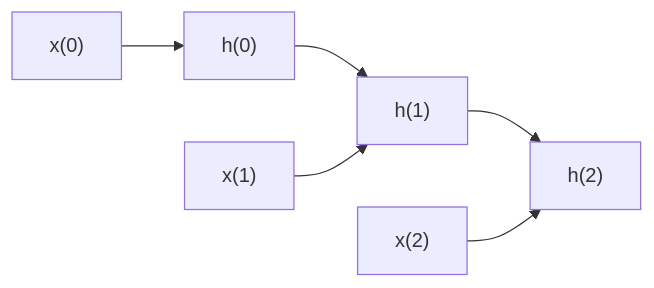
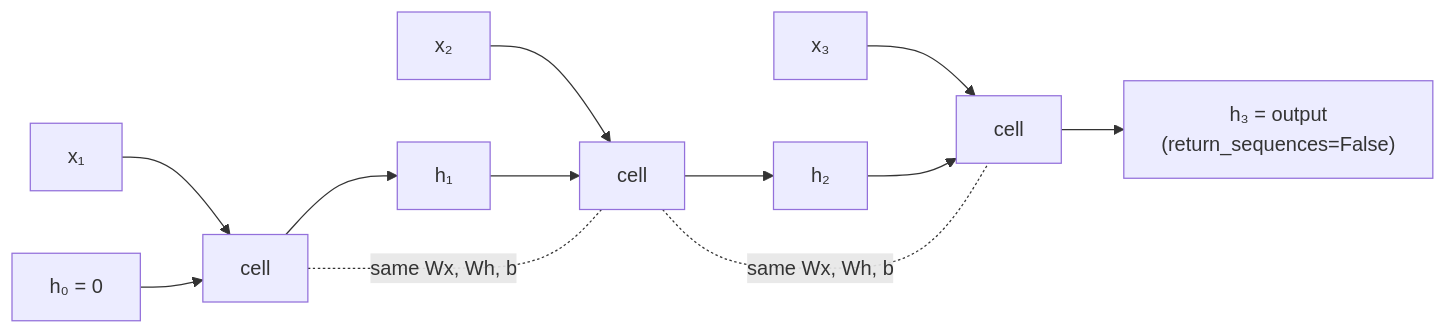
Before and after one commit to Ravikisha/PythonCentralHub: the diagram in src/content/docs/Deep Learning/Phase 04 - Sequence Models with RNNs/Intro to Recurrent Neural Networks (RNN) for Sequences.mdx, drawn with Mermaid. The commit also changed other lines of this file and 626 other files, not shown here.

````diff
--- a/src/content/docs/Deep Learning/Phase 04 - Sequence Models with RNNs/Intro to Recurrent Neural Networks (RNN) for Sequences.mdx
+++ b/src/content/docs/Deep Learning/Phase 04 - Sequence Models with RNNs/Intro to Recurrent Neural Networks (RNN) for Sequences.mdx
@@ -21,8 +123,14 @@
 ```mermaid
 flowchart LR
-  X1["x(0)"] --> H1["h(0)"]
-  H1 --> H2["h(1)"]
-  X2["x(1)"] --> H2
-  H2 --> H3["h(2)"]
-  X3["x(2)"] --> H3
+  X0["x₁"] --> C1["cell"]
+  H0["h₀ = 0"] --> C1
+  C1 --> H1["h₁"]
+  X1["x₂"] --> C2["cell"]
+  H1 --> C2
+  C2 --> H2["h₂"]
+  X2["x₃"] --> C3["cell"]
+  H2 --> C3
+  C3 --> H3["h₃ = output<br/>(return_sequences=False)"]
+  C1 -. "same Wx, Wh, b" .- C2
+  C2 -. "same Wx, Wh, b" .- C3
 ```
````
